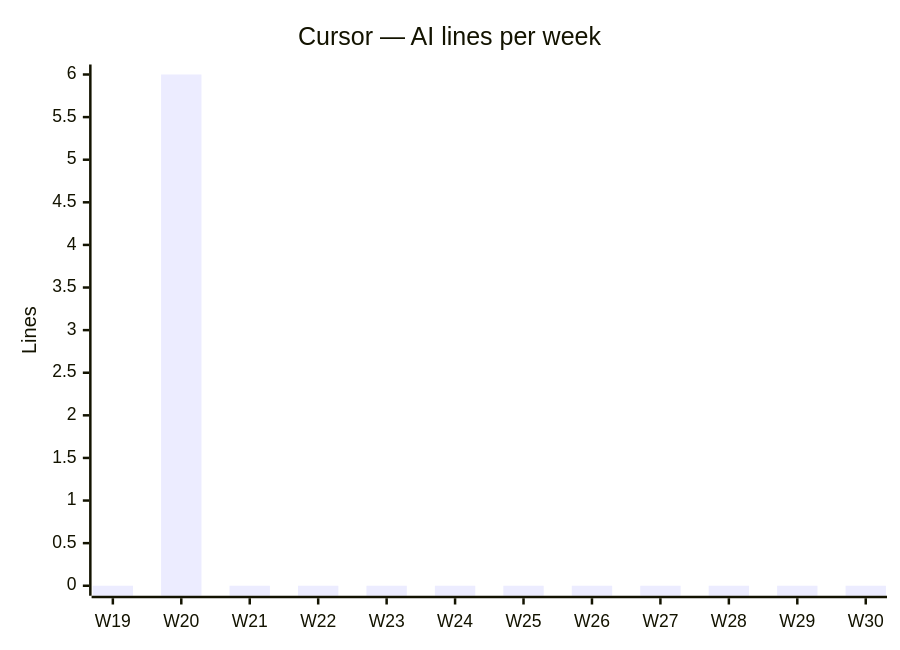
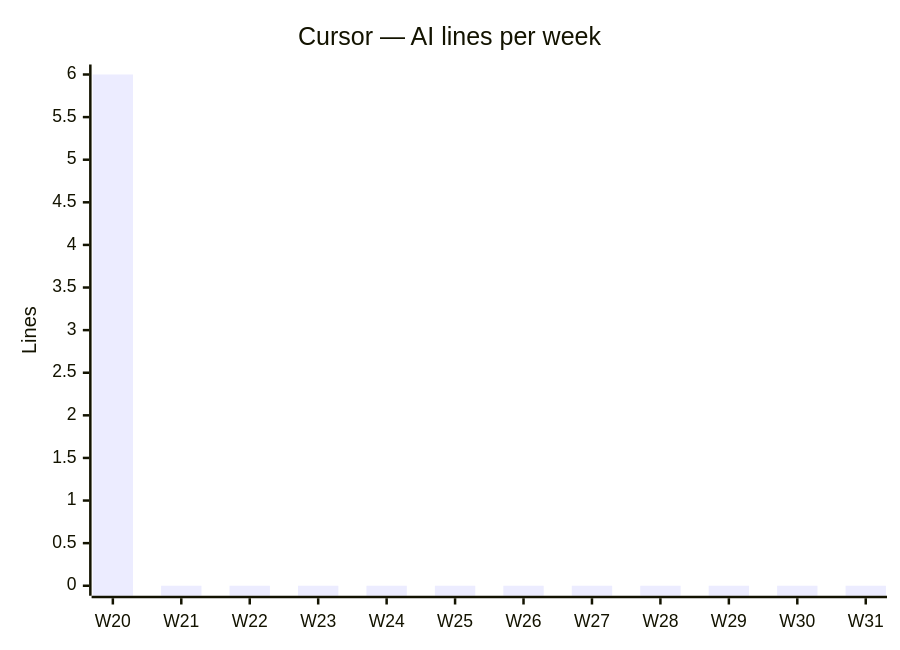
The fourth of 4 diagrams in docs/AI_USAGE.md (fromwaydowntown/ai-use), drawn with Mermaid before and after one commit. The commit also changed other lines of this file, not shown here.

````diff
--- a/docs/AI_USAGE.md
+++ b/docs/AI_USAGE.md
@@ -49,7 +49,7 @@
 ```mermaid
 xychart-beta
     title "Cursor — AI lines per week"
-    x-axis ["W19", "W20", "W21", "W22", "W23", "W24", "W25", "W26", "W27", "W28", "W29", "W30"]
+    x-axis ["W20", "W21", "W22", "W23", "W24", "W25", "W26", "W27", "W28", "W29", "W30", "W31"]
     y-axis "Lines"
-    bar [0, 6, 0, 0, 0, 0, 0, 0, 0, 0, 0, 0]
+    bar [6, 0, 0, 0, 0, 0, 0, 0, 0, 0, 0, 0]
 ```
````
